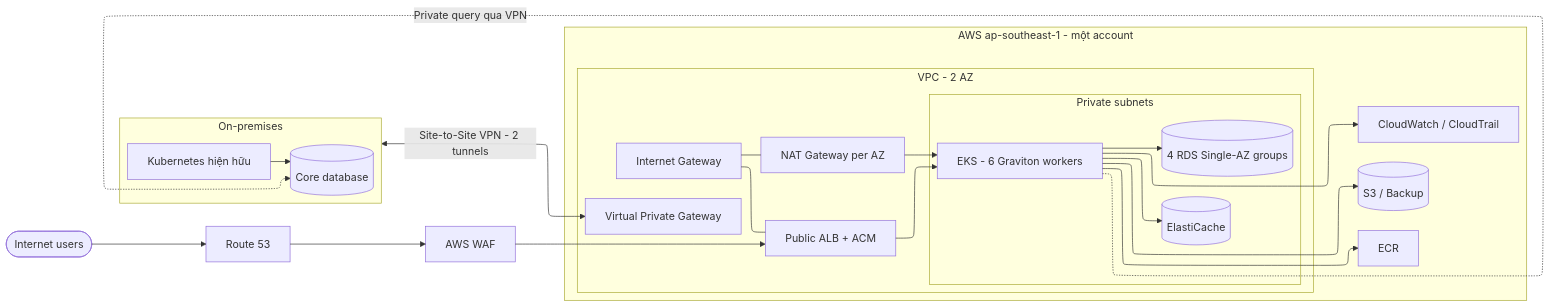
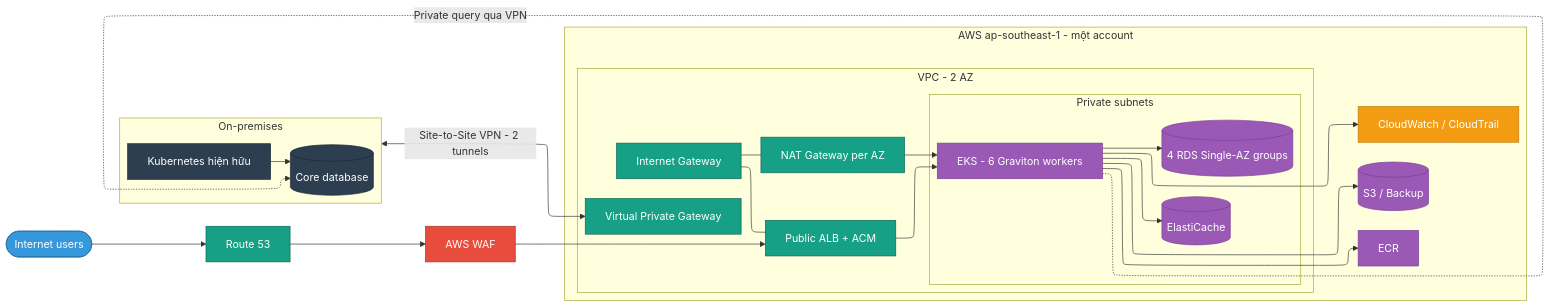
Before and after one commit to hinorashi/homecommer: the first of 3 diagrams in aws-adoption-for-sme/basic.md, drawn with Mermaid. The commit also changed other lines of this file and 3 other files, not shown here.

````diff
--- a/aws-adoption-for-sme/basic.md
+++ b/aws-adoption-for-sme/basic.md
@@ -68,44 +68,57 @@
 ```mermaid
 ---
 config:
   layout: elk
 ---
 flowchart LR
   User(["Internet users"]) --> R53["Route 53"]
   R53 --> WAF["AWS WAF"]
   WAF --> ALB["Public ALB + ACM"]
 
   subgraph OnPrem["On-premises"]
     OPK8s["Kubernetes hiện hữu"]
     CoreDB[("Core database")]
     OPK8s --> CoreDB
   end
 
   subgraph AWS["AWS ap-southeast-1 - một account"]
     subgraph VPC["VPC - 2 AZ"]
       IGW["Internet Gateway"]
       NAT["NAT Gateway per AZ"]
       VGW["Virtual Private Gateway"]
       subgraph Private["Private subnets"]
         EKS["EKS - 6 Graviton workers"]
         RDS[("4 RDS Single-AZ groups")]
         Cache[("ElastiCache")]
       end
       ALB --> EKS
       EKS --> RDS
       EKS --> Cache
       NAT --> EKS
       IGW --- ALB
       IGW --- NAT
     end
     ECR["ECR"]
     S3[("S3 / Backup")]
     CW["CloudWatch / CloudTrail"]
     EKS --> ECR
     EKS --> S3
     EKS --> CW
   end
 
   OnPrem <-->|"Site-to-Site VPN - 2 tunnels"| VGW
   EKS -. "Private query qua VPN" .-> CoreDB
+
+  classDef onprem fill:#2c3e50,stroke:#1a252f,color:#fff;
+  classDef internet fill:#3498db,stroke:#2471a3,color:#fff;
+  classDef network fill:#16a085,stroke:#0e6655,color:#fff;
+  classDef security fill:#e74c3c,stroke:#a93226,color:#fff;
+  classDef platform fill:#f39c12,stroke:#b9770e,color:#fff;
+  classDef application fill:#9b59b6,stroke:#7d3c98,color:#fff;
+  class User internet;
+  class OPK8s,CoreDB onprem;
+  class R53,ALB,IGW,NAT,VGW network;
+  class WAF security;
+  class CW platform;
+  class EKS,RDS,Cache,ECR,S3 application;
 ```
````
